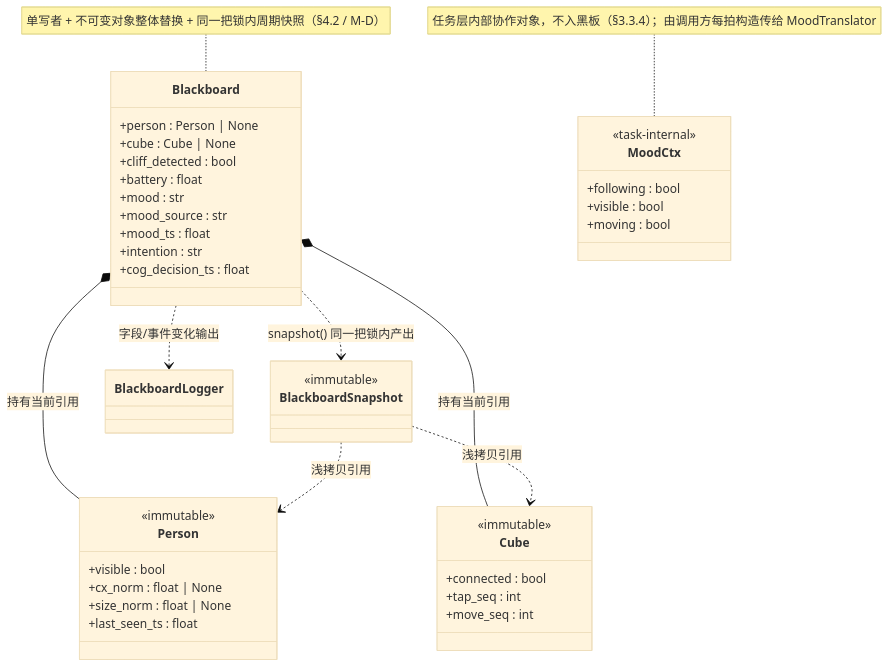
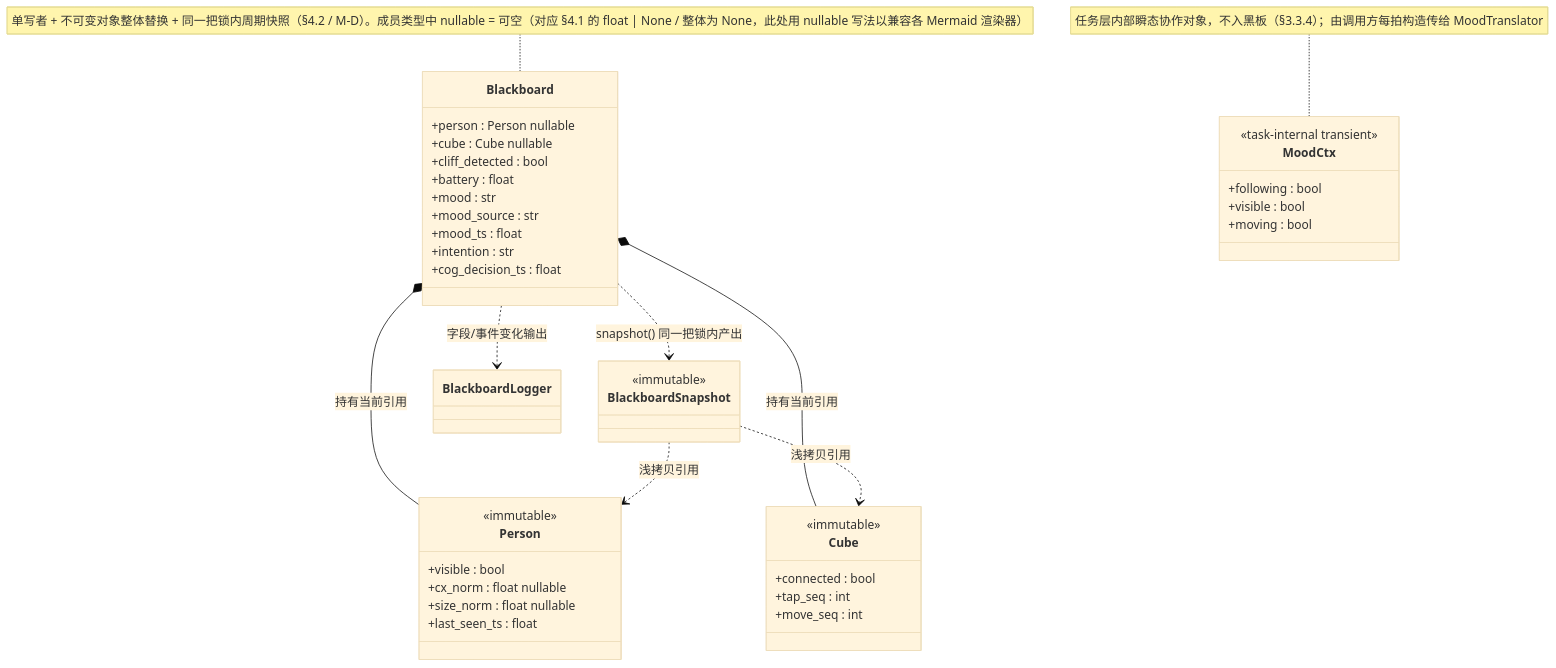
Before and after one commit to keeploading/super-baby: the first of 7 diagrams in docs/requirements/follow-me/follow-me-fds.md, drawn with Mermaid (base theme). The commit also changed other lines of this file, not shown here.

First line of the commit message:
docs: FDS v4.1 — 吸收 developer 对架构补图(§1.4/§1.5)的评审

````diff
--- a/docs/requirements/follow-me/follow-me-fds.md
+++ b/docs/requirements/follow-me/follow-me-fds.md
@@ -84,46 +84,46 @@
 ```mermaid
 classDiagram
     class Blackboard {
-        +person : Person | None
-        +cube : Cube | None
+        +person : Person nullable
+        +cube : Cube nullable
         +cliff_detected : bool
         +battery : float
         +mood : str
         +mood_source : str
         +mood_ts : float
         +intention : str
         +cog_decision_ts : float
     }
     class BlackboardSnapshot {
         <<immutable>>
     }
     class BlackboardLogger
     class Person {
         <<immutable>>
         +visible : bool
-        +cx_norm : float | None
-        +size_norm : float | None
+        +cx_norm : float nullable
+        +size_norm : float nullable
         +last_seen_ts : float
     }
     class Cube {
         <<immutable>>
         +connected : bool
         +tap_seq : int
         +move_seq : int
     }
     class MoodCtx {
-        <<task-internal>>
+        <<task-internal transient>>
         +following : bool
         +visible : bool
         +moving : bool
     }
 
     Blackboard *-- Person : 持有当前引用
     Blackboard *-- Cube : 持有当前引用
     Blackboard ..> BlackboardSnapshot : snapshot() 同一把锁内产出
     BlackboardSnapshot ..> Person : 浅拷贝引用
     BlackboardSnapshot ..> Cube : 浅拷贝引用
     Blackboard ..> BlackboardLogger : 字段/事件变化输出
-    note for MoodCtx "任务层内部协作对象，不入黑板（§3.3.4）；由调用方每拍构造传给 MoodTranslator"
-    note for Blackboard "单写者 + 不可变对象整体替换 + 同一把锁内周期快照（§4.2 / M-D）"
+    note for MoodCtx "任务层内部瞬态协作对象，不入黑板（§3.3.4）；由调用方每拍构造传给 MoodTranslator"
+    note for Blackboard "单写者 + 不可变对象整体替换 + 同一把锁内周期快照（§4.2 / M-D）。成员类型中 nullable = 可空（对应 §4.1 的 float | None / 整体为 None，此处用 nullable 写法以兼容各 Mermaid 渲染器）"
 ```
````
